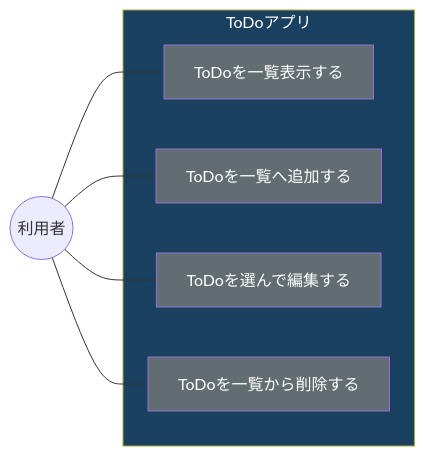
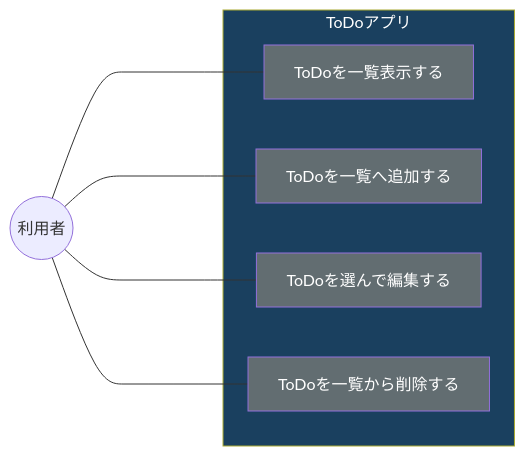
The diagram in design-document/概要.md (next-fire-starter/webdocs), drawn with Mermaid before and after one commit. The commit also changed other lines of this file and 2 other files, not shown here.

Commit message:
edit 一覧画面

````diff
--- a/design-document/概要.md
+++ b/design-document/概要.md
@@ -7,21 +7,21 @@
 ```mermaid
 flowchart LR
 
 A((利用者))
 
-A --- B[ToDoを一覧表示する]
-A --- C[ToDoを一覧へ追加する]
-A --- D[ToDoを選んで編集する]
-A --- E[ToDoを一覧から削除する]
+A ----- B[ToDoを一覧表示する]
+A ----- C[ToDoを一覧へ追加する]
+A ----- D[ToDoを選んで編集する]
+A ----- E[ToDoを一覧から削除する]
 
 subgraph ToDoアプリ
   B
   C
   D
   E
 end
 
 style ToDoアプリ fill:#1A405F,color:#FFF
 classDef className fill:#626D71,color:#FFF
 class B,C,D,E className
 ```
````
